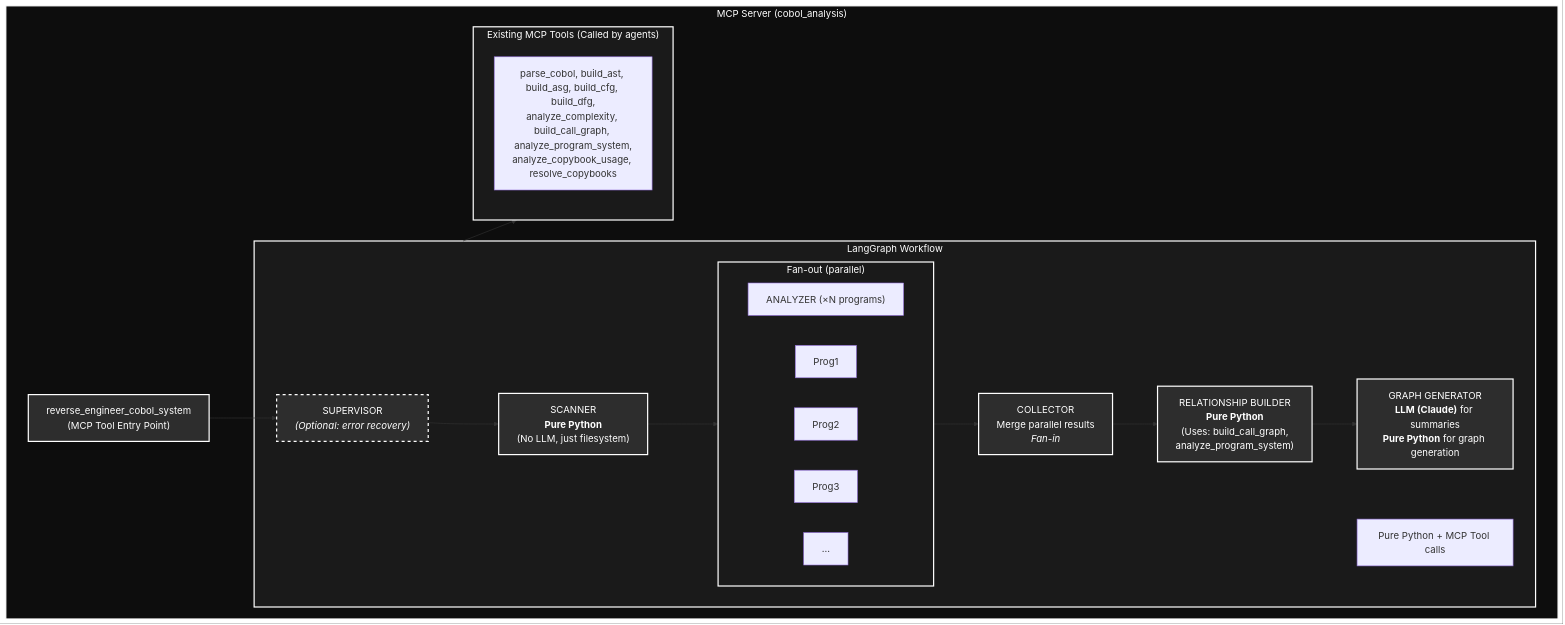
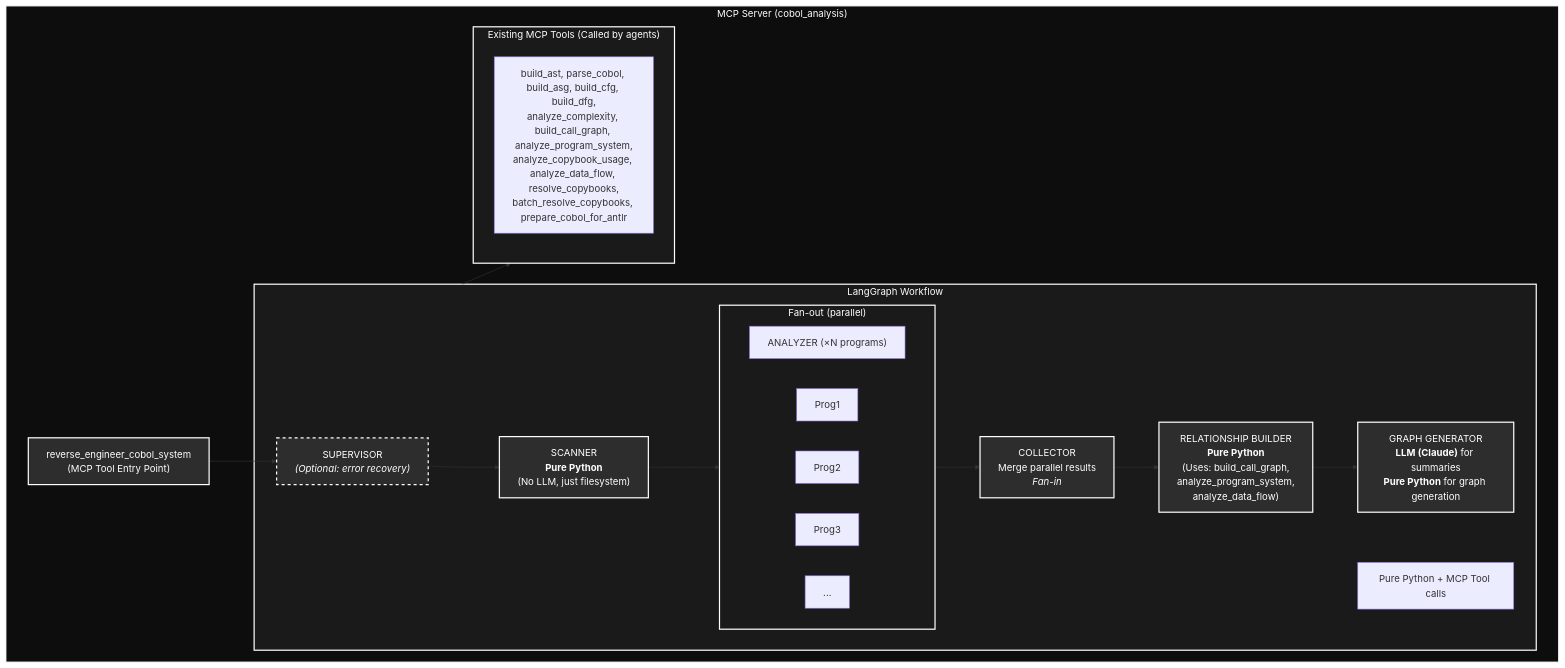
Before and after one commit to legacy-ai-labs/mcp-server-language-converter: the second of 2 diagrams in docs/LANGGRAPH_ARCHITECTURE.md, drawn with Mermaid. The commit also changed other lines of this file and 8 other files, not shown here.

First line of the commit message:
docs: Update LangGraph architecture with comprehensive tool integration review

````diff
--- a/docs/LANGGRAPH_ARCHITECTURE.md
+++ b/docs/LANGGRAPH_ARCHITECTURE.md
@@ -666,51 +837,51 @@
 ```mermaid
 flowchart TB
     subgraph MCP["MCP Server (cobol_analysis)"]
         EntryPoint["reverse_engineer_cobol_system<br/>(MCP Tool Entry Point)"]
 
         subgraph Workflow["LangGraph Workflow"]
             Supervisor["SUPERVISOR<br/><i>(Optional: error recovery)</i>"]
 
             Scanner["SCANNER<br/><b>Pure Python</b><br/>(No LLM, just filesystem)"]
 
             subgraph Parallel["Fan-out (parallel)"]
                 direction LR
                 AnalyzerHeader["ANALYZER (×N programs)"]
                 Prog1["Prog1"]
                 Prog2["Prog2"]
                 Prog3["Prog3"]
                 ProgN["..."]
             end
             ParallelNote["Pure Python + MCP Tool calls"]
 
             Collector["COLLECTOR<br/>Merge parallel results<br/><i>Fan-in</i>"]
 
-            RelBuilder["RELATIONSHIP BUILDER<br/><b>Pure Python</b><br/>(Uses: build_call_graph,<br/>analyze_program_system)"]
+            RelBuilder["RELATIONSHIP BUILDER<br/><b>Pure Python</b><br/>(Uses: build_call_graph,<br/>analyze_program_system,<br/>analyze_data_flow)"]
 
             GraphGen["GRAPH GENERATOR<br/><b>LLM (Claude)</b> for summaries<br/><b>Pure Python</b> for graph generation"]
         end
 
         subgraph MCPTools["Existing MCP Tools (Called by agents)"]
-            ToolList["parse_cobol, build_ast, build_asg, build_cfg, build_dfg,<br/>analyze_complexity, build_call_graph, analyze_program_system,<br/>analyze_copybook_usage, resolve_copybooks"]
+            ToolList["build_ast, parse_cobol, build_asg, build_cfg, build_dfg,<br/>analyze_complexity, build_call_graph, analyze_program_system,<br/>analyze_copybook_usage, analyze_data_flow, resolve_copybooks,<br/>batch_resolve_copybooks, prepare_cobol_for_antlr"]
         end
     end
 
     EntryPoint --> Supervisor
     Supervisor --> Scanner
     Scanner --> Parallel
     Parallel --> Collector
     Collector --> RelBuilder
     RelBuilder --> GraphGen
     Workflow --> MCPTools
 
     style MCP fill:#0d0d0d,stroke:#fff,stroke-width:2px,color:#fff
     style EntryPoint fill:#2d2d2d,stroke:#fff,stroke-width:2px,color:#fff
     style Workflow fill:#1a1a1a,stroke:#fff,stroke-width:2px,color:#fff
     style Supervisor fill:#2d2d2d,stroke:#fff,stroke-width:2px,color:#fff,stroke-dasharray: 5 5
     style Scanner fill:#2d2d2d,stroke:#fff,stroke-width:2px,color:#fff
     style Parallel fill:#1a1a1a,stroke:#fff,stroke-width:2px,color:#fff
     style Collector fill:#2d2d2d,stroke:#fff,stroke-width:2px,color:#fff
     style RelBuilder fill:#2d2d2d,stroke:#fff,stroke-width:2px,color:#fff
     style GraphGen fill:#2d2d2d,stroke:#fff,stroke-width:2px,color:#fff
     style MCPTools fill:#1a1a1a,stroke:#fff,stroke-width:2px,color:#fff
 ```
````
